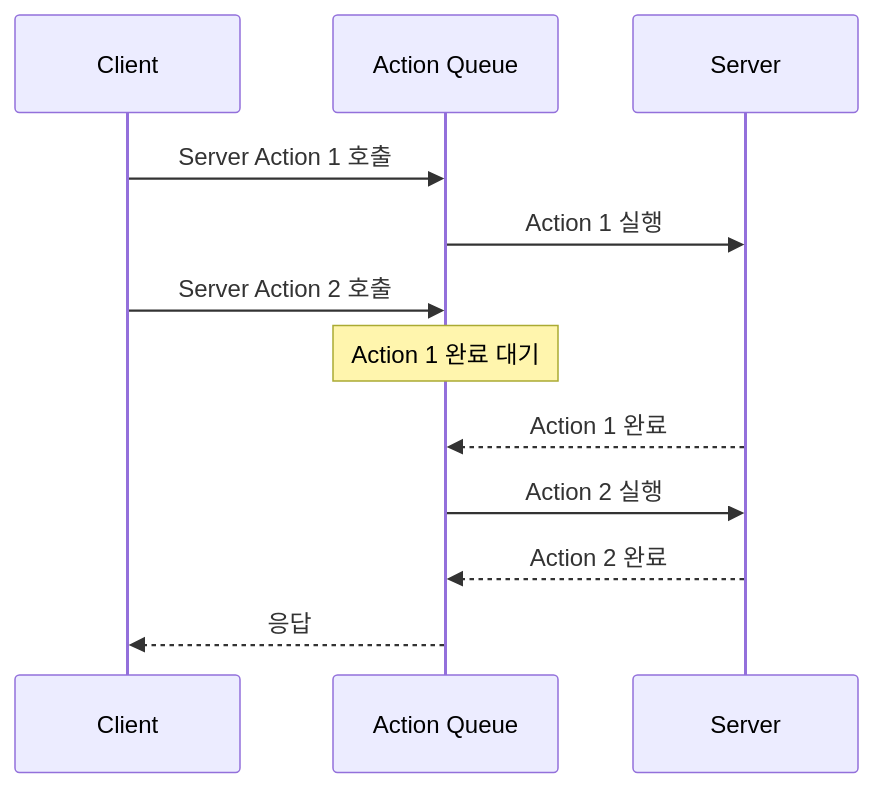
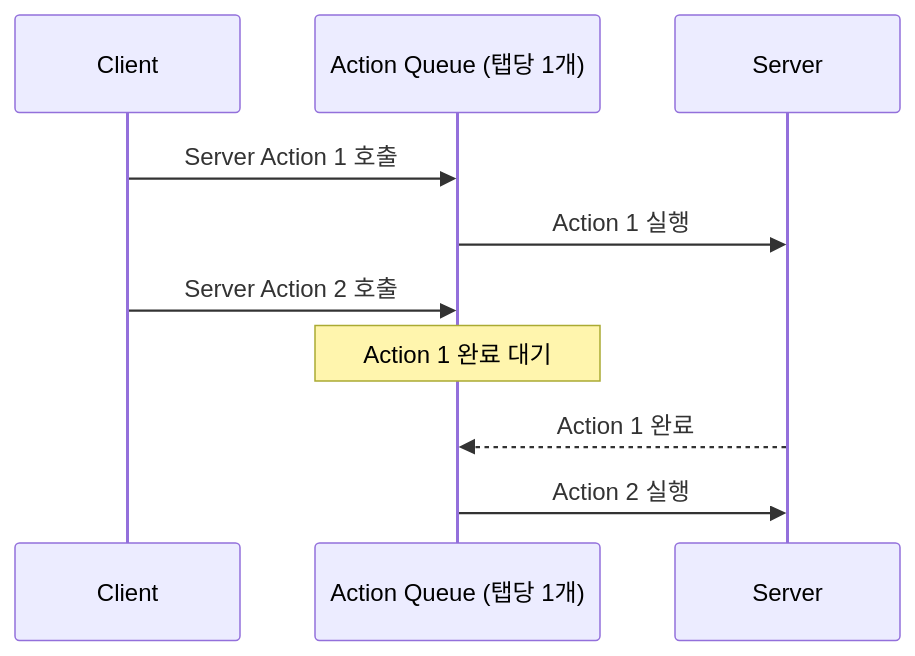
The diagram in markdown/2026-01-29/ko/content.mdx (codefug/codefug.github.io), drawn with Mermaid before and after one commit. The commit also changed other lines of this file and 3 other files, not shown here.

````diff
--- a/markdown/2026-01-29/ko/content.mdx
+++ b/markdown/2026-01-29/ko/content.mdx
@@ -268,15 +118,13 @@
 ```mermaid
 sequenceDiagram
     participant C as Client
-    participant Q as Action Queue
+    participant Q as Action Queue (탭당 1개)
     participant S as Server
 
     C->>Q: Server Action 1 호출
     Q->>S: Action 1 실행
     C->>Q: Server Action 2 호출
     Note over Q: Action 1 완료 대기
     S-->>Q: Action 1 완료
     Q->>S: Action 2 실행
-    S-->>Q: Action 2 완료
-    Q-->>C: 응답
 ```
````
